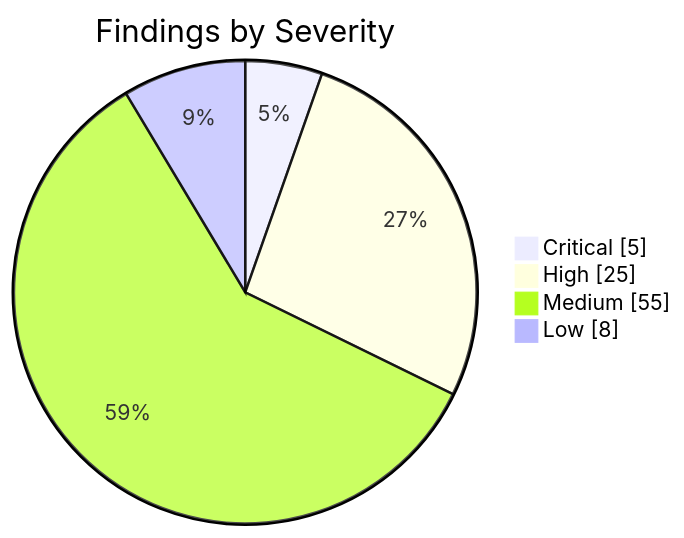
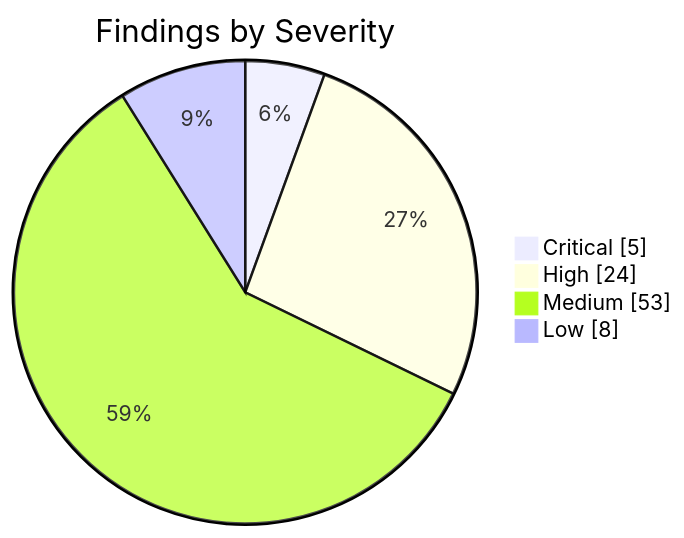
The first of 2 diagrams in apps/kbve/astro-kbve/src/content/docs/dashboard/security.mdx (KBVE/kbve), drawn with Mermaid before and after one commit. The commit also changed other lines of this file and 7 other files, not shown here.

````diff
--- a/apps/kbve/astro-kbve/src/content/docs/dashboard/security.mdx
+++ b/apps/kbve/astro-kbve/src/content/docs/dashboard/security.mdx
@@ -62,8 +62,8 @@
 ```mermaid
 pie showData
     title Findings by Severity
     "Critical" : 5
-    "High" : 25
-    "Medium" : 55
+    "High" : 24
+    "Medium" : 53
     "Low" : 8
 ```
````
